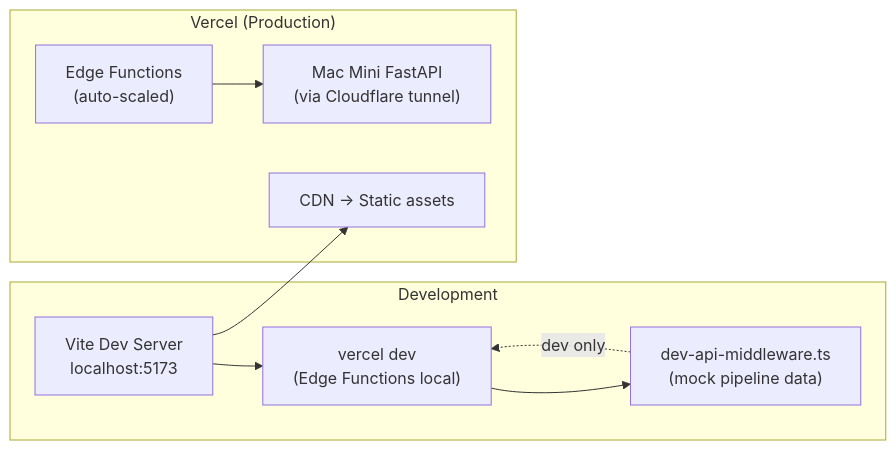
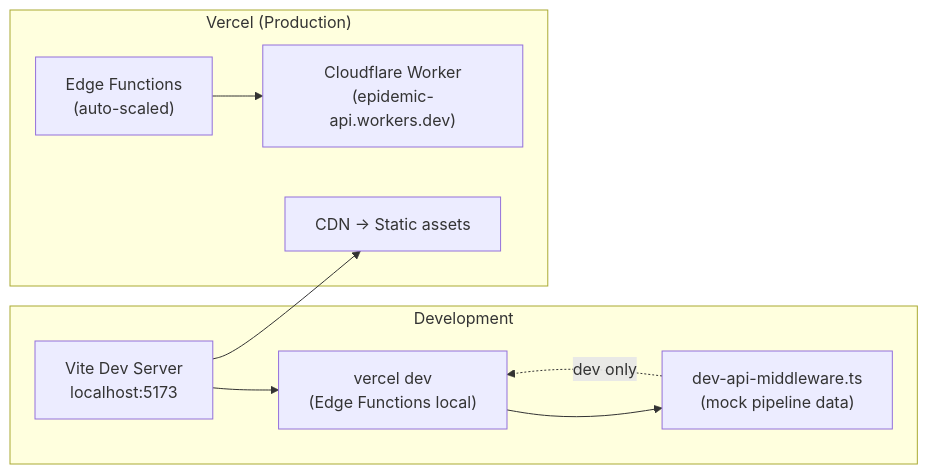
The fifth of 5 diagrams in docs/technical/system-architecture.md (phuc-nt/my-epidemic-monitor), drawn with Mermaid before and after one commit. The commit also changed other lines of this file, not shown here.

Commit message:
docs: update system architecture to reflect Cloudflare Worker + D1 backend

````diff
--- a/docs/technical/system-architecture.md
+++ b/docs/technical/system-architecture.md
@@ -336,20 +349,20 @@
 ```mermaid
 graph LR
     subgraph Dev["Development"]
         VD["Vite Dev Server<br/>localhost:5173"]
         API_LOCAL["vercel dev<br/>(Edge Functions local)"]
         MW["dev-api-middleware.ts<br/>(mock pipeline data)"]
     end
 
     subgraph Prod["Vercel (Production)"]
         CDN["CDN → Static assets"]
         EF_V["Edge Functions<br/>(auto-scaled)"]
-        MM_API["Mac Mini FastAPI<br/>(via Cloudflare tunnel)"]
+        CF_W["Cloudflare Worker<br/>(epidemic-api.workers.dev)"]
     end
 
     VD --> API_LOCAL
     API_LOCAL --> MW
     MW -.->|"dev only"| API_LOCAL
     VD --> CDN
-    EF_V --> MM_API
+    EF_V --> CF_W
 ```
````
